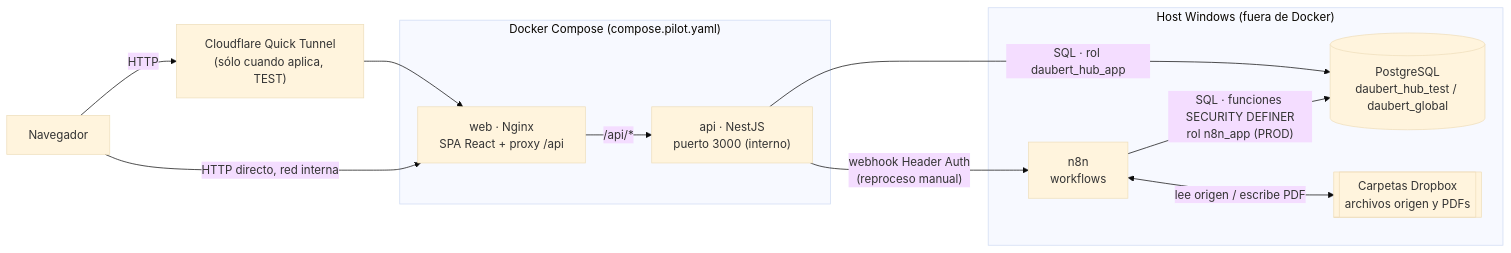
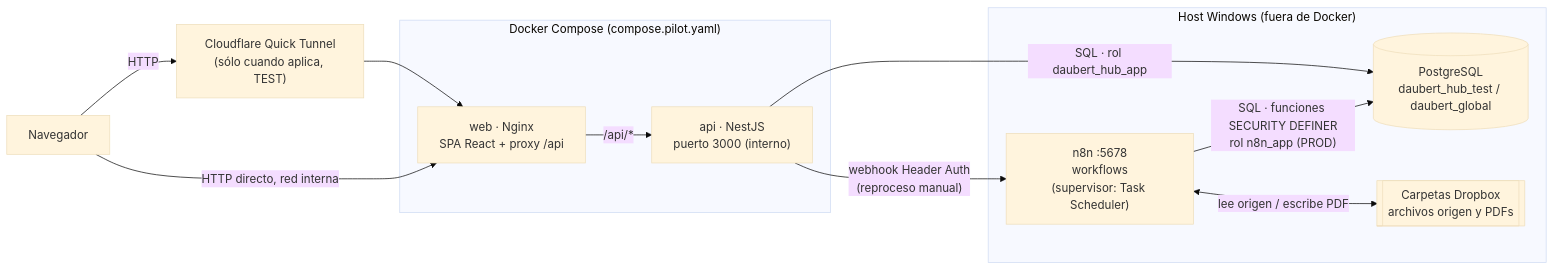
One commit to InternMX/daubert-hub changed the diagram in docs/00-overview/architecture.md. Above: the diagram before and after it, drawn with Mermaid (base theme). The commit also changed other lines of this file and 65 other files, not shown here.

Commit message:
docs: update project documentation and architecture diagrams

````diff
--- a/docs/00-overview/architecture.md
+++ b/docs/00-overview/architecture.md
@@ -7,22 +7,22 @@
 ```mermaid
 flowchart LR
     B[Navegador]
     CF["Cloudflare Quick Tunnel<br/>(sólo cuando aplica, TEST)"]
     subgraph Docker["Docker Compose (compose.pilot.yaml)"]
         W["web · Nginx<br/>SPA React + proxy /api"]
         A["api · NestJS<br/>puerto 3000 (interno)"]
     end
     subgraph Host["Host Windows (fuera de Docker)"]
         PG[("PostgreSQL<br/>daubert_hub_test / daubert_global")]
-        N8N["n8n<br/>workflows"]
+        N8N["n8n :5678<br/>workflows<br/>(supervisor: Task Scheduler)"]
         DBX[["Carpetas Dropbox<br/>archivos origen y PDFs"]]
     end
 
     B -->|HTTP| CF --> W
     B -->|HTTP directo, red interna| W
     W -->|"/api/*"| A
     A -->|"SQL · rol daubert_hub_app"| PG
     A -->|"webhook Header Auth<br/>(reproceso manual)"| N8N
     N8N -->|"SQL · funciones SECURITY DEFINER<br/>rol n8n_app (PROD)"| PG
     N8N <-->|lee origen / escribe PDF| DBX
 ```
````
